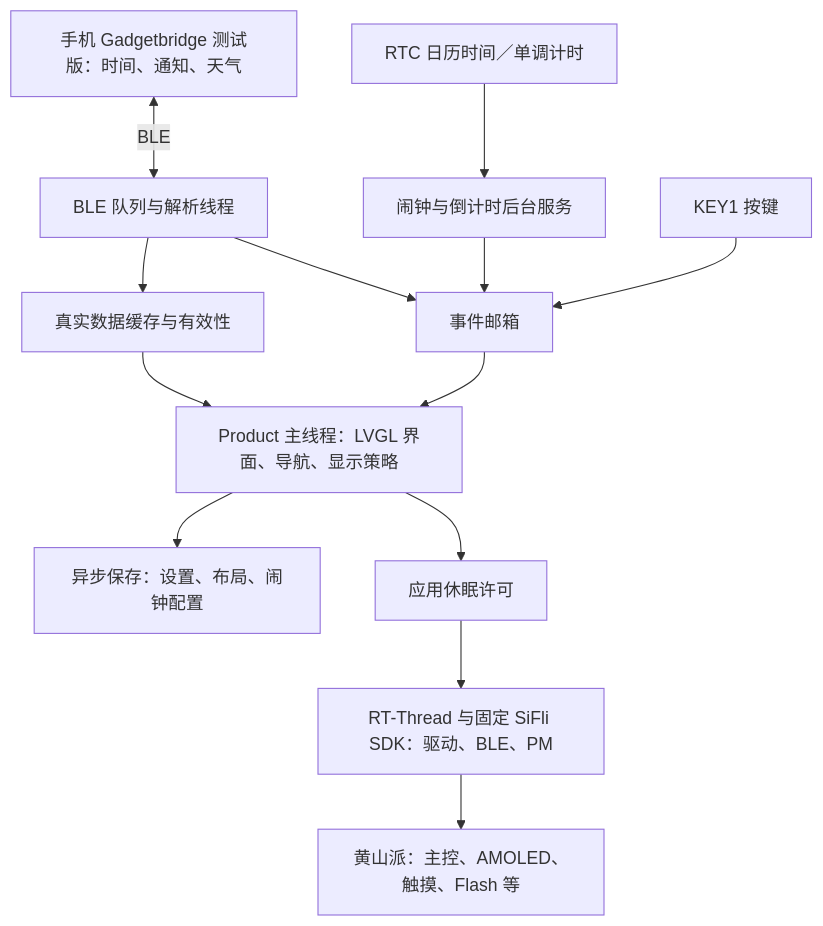
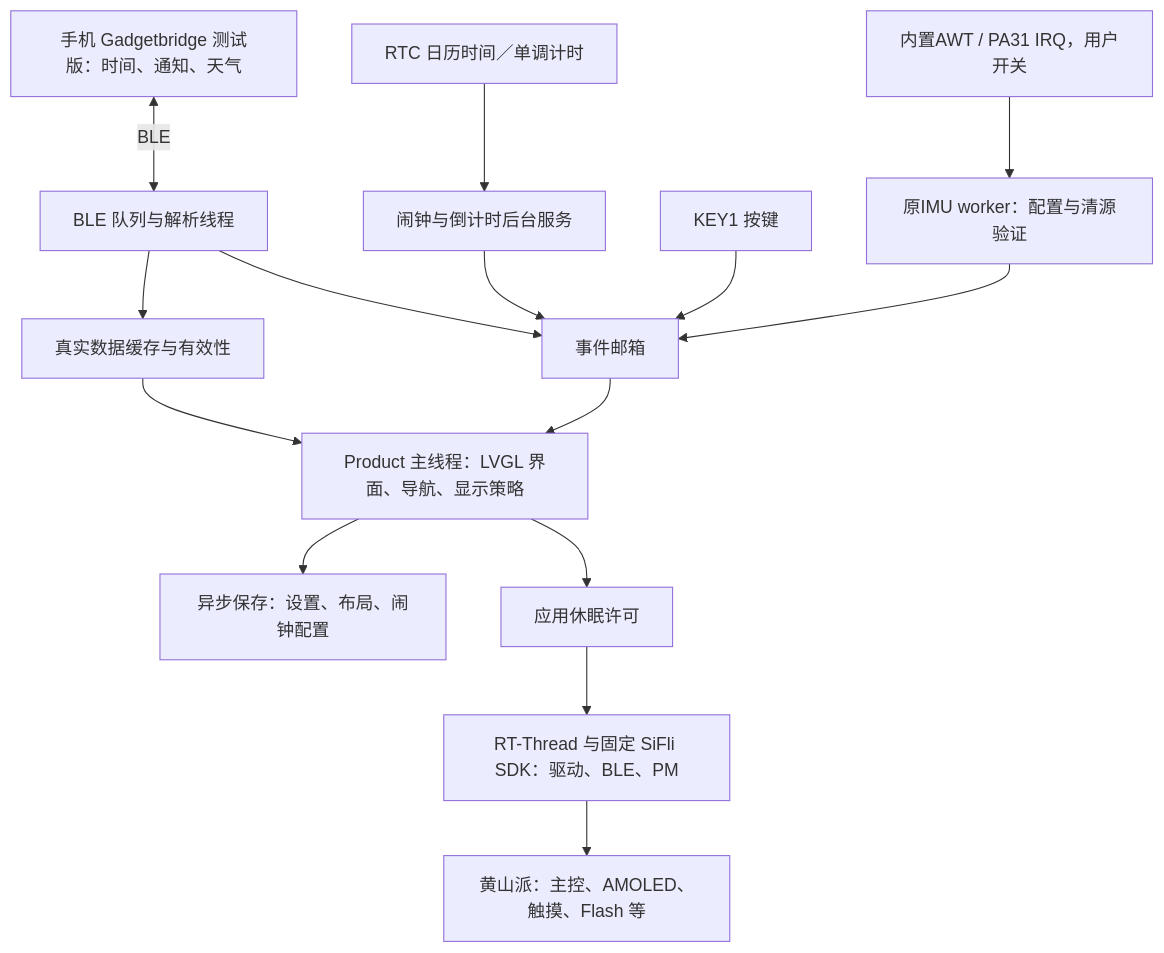
The diagram in docs/PM-EVENT-WAKE.md (e-n-ye/wristflow), drawn with Mermaid before and after one commit. The commit also changed other lines of this file and 8 other files, not shown here.

````diff
--- a/docs/PM-EVENT-WAKE.md
+++ b/docs/PM-EVENT-WAKE.md
@@ -16,15 +18,17 @@
 ```mermaid
 flowchart TD
     Phone[手机 Gadgetbridge 测试版：时间、通知、天气] <-->|BLE| Ble[BLE 队列与解析线程]
     Ble --> Data[真实数据缓存与有效性]
     Data --> UI[Product 主线程：LVGL 界面、导航、显示策略]
     UI --> Store[异步保存：设置、布局、闹钟配置]
     Clock[RTC 日历时间／单调计时] --> Timer[闹钟与倒计时后台服务]
     Timer --> Event[事件邮箱]
     Ble --> Event
     Key[KEY1 按键] --> Event
+    Imu[内置AWT / PA31 IRQ，用户开关] --> ImuWorker[原IMU worker：配置与清源验证]
+    ImuWorker --> Event
     Event --> UI
     UI --> PM[应用休眠许可]
     PM --> SDK[RT-Thread 与固定 SiFli SDK：驱动、BLE、PM]
     SDK --> HW[黄山派：主控、AMOLED、触摸、Flash 等]
 ```
````
